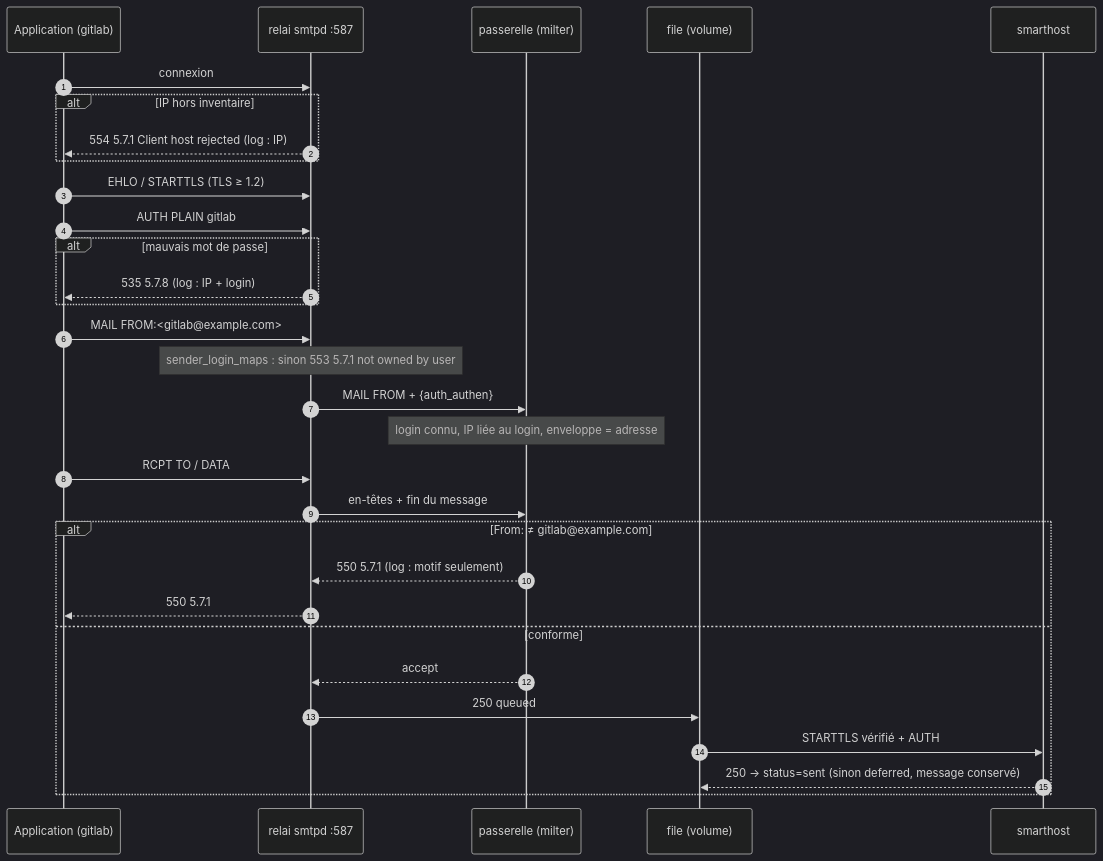
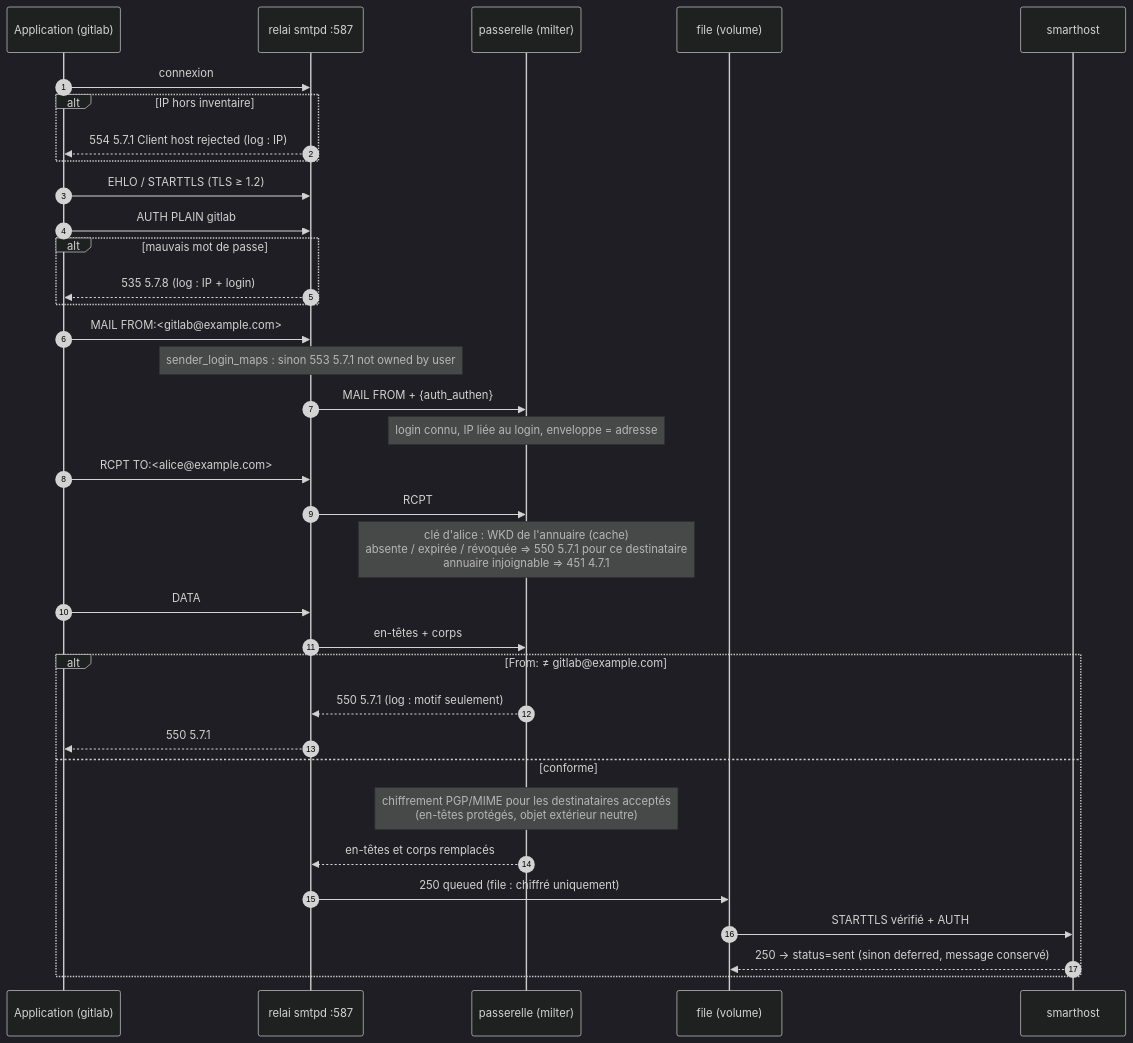
The second of 3 diagrams in docs/architecture.md (kosaar/relai-smtp), drawn with Mermaid (dark theme) before and after one commit. The commit also changed other lines of this file and 35 other files, not shown here.

````diff
--- a/docs/architecture.md
+++ b/docs/architecture.md
@@ -73,34 +74,38 @@
 ```mermaid
 sequenceDiagram
     autonumber
     participant App as Application (gitlab)
     participant S as relai smtpd :587
     participant G as passerelle (milter)
     participant Q as file (volume)
     participant M as smarthost
 
     App->>S: connexion
     alt IP hors inventaire
         S-->>App: 554 5.7.1 Client host rejected (log : IP)
     end
     App->>S: EHLO / STARTTLS (TLS ≥ 1.2)
     App->>S: AUTH PLAIN gitlab
     alt mauvais mot de passe
         S-->>App: 535 5.7.8 (log : IP + login)
     end
     App->>S: MAIL FROM:<gitlab@example.com>
     Note over S: sender_login_maps : sinon 553 5.7.1 not owned by user
     S->>G: MAIL FROM + {auth_authen}
     Note over G: login connu, IP liée au login, enveloppe = adresse
-    App->>S: RCPT TO / DATA
-    S->>G: en-têtes + fin du message
+    App->>S: RCPT TO:<alice@example.com>
+    S->>G: RCPT
+    Note over G: clé d'alice : WKD de l'annuaire (cache)<br/>absente / expirée / révoquée ⇒ 550 5.7.1 pour ce destinataire<br/>annuaire injoignable ⇒ 451 4.7.1
+    App->>S: DATA
+    S->>G: en-têtes + corps
     alt From: ≠ gitlab@example.com
         G-->>S: 550 5.7.1 (log : motif seulement)
         S-->>App: 550 5.7.1
     else conforme
-        G-->>S: accept
-        S->>Q: 250 queued
+        Note over G: chiffrement PGP/MIME pour les destinataires acceptés<br/>(en-têtes protégés, objet extérieur neutre)
+        G-->>S: en-têtes et corps remplacés
+        S->>Q: 250 queued (file : chiffré uniquement)
         Q->>M: STARTTLS vérifié + AUTH
         M-->>Q: 250 → status=sent (sinon deferred, message conservé)
     end
 ```
````
